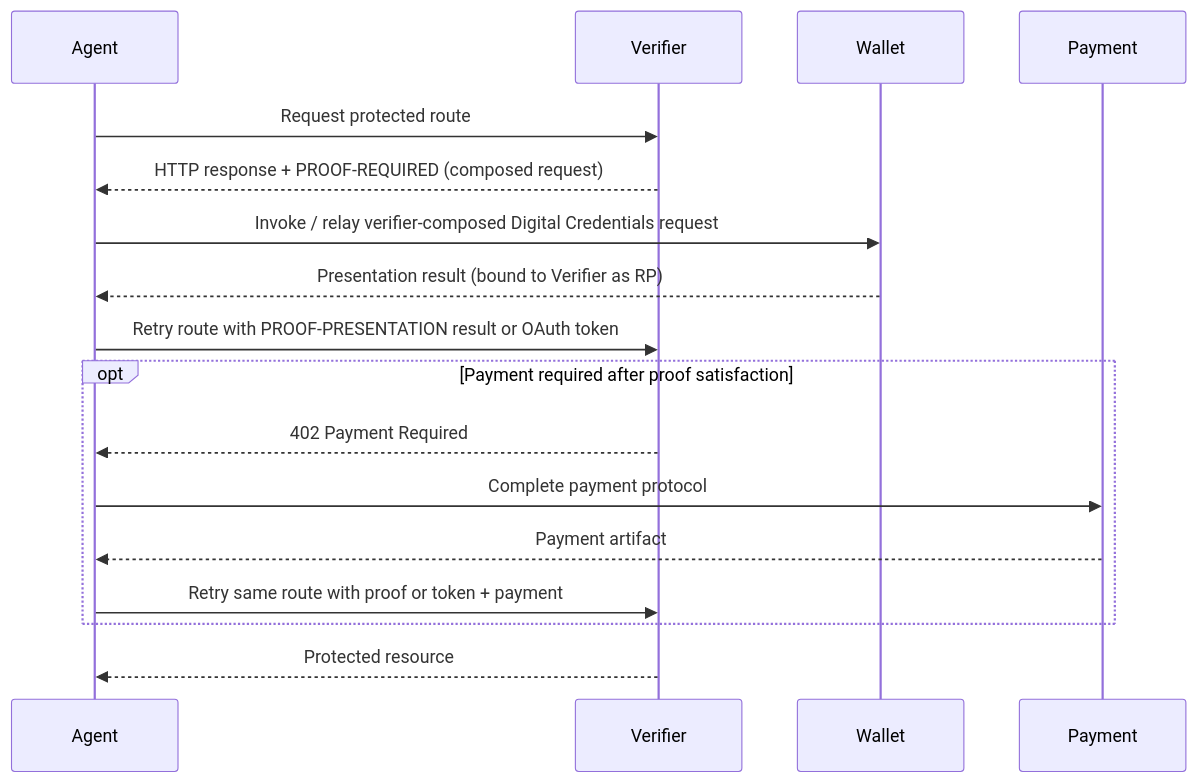
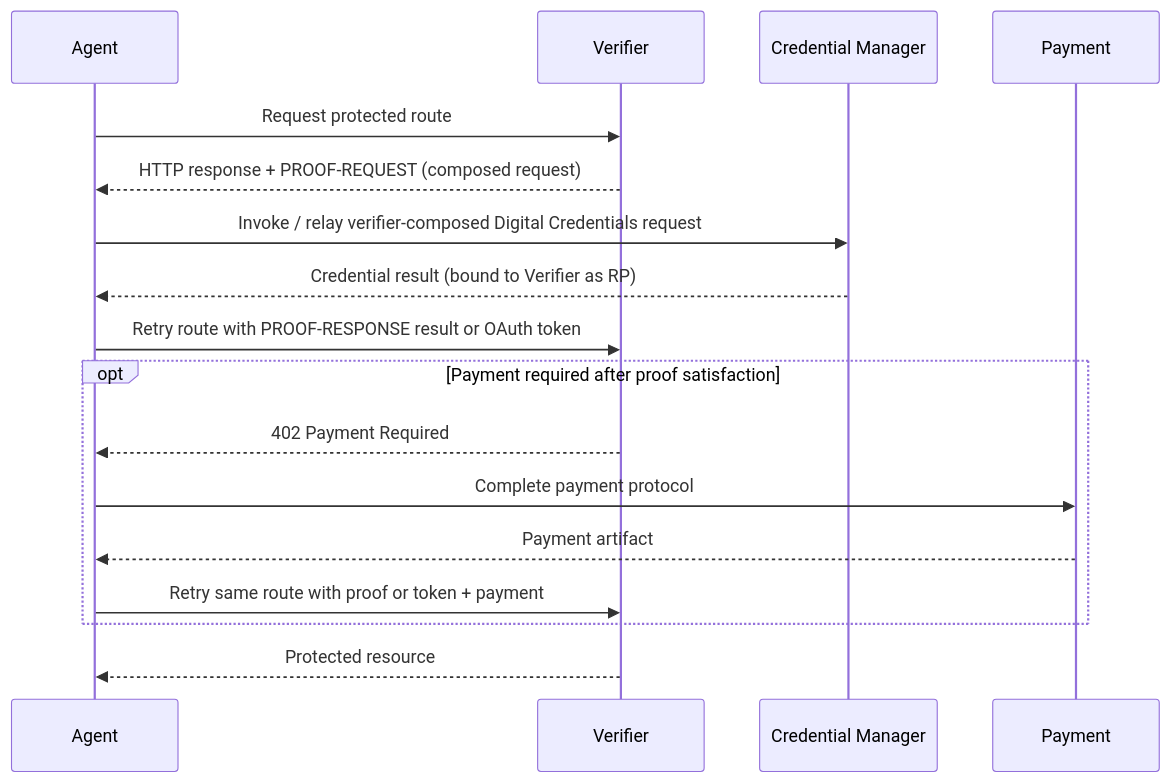
The first of 2 diagrams in spec.md (proof/x401), drawn with Mermaid before and after one commit. The commit also changed other lines of this file, not shown here.

````diff
--- a/spec.md
+++ b/spec.md
@@ -237,19 +237,19 @@
 ```mermaid
 sequenceDiagram
     participant Agent
     participant Verifier
-    participant Wallet
+    participant CM as Credential Manager
     participant Payment
     Agent->>Verifier: Request protected route
-    Verifier-->>Agent: HTTP response + PROOF-REQUIRED (composed request)
-    Agent->>Wallet: Invoke / relay verifier-composed Digital Credentials request
-    Wallet-->>Agent: Presentation result (bound to Verifier as RP)
-    Agent->>Verifier: Retry route with PROOF-PRESENTATION result or OAuth token
+    Verifier-->>Agent: HTTP response + PROOF-REQUEST (composed request)
+    Agent->>CM: Invoke / relay verifier-composed Digital Credentials request
+    CM-->>Agent: Credential result (bound to Verifier as RP)
+    Agent->>Verifier: Retry route with PROOF-RESPONSE result or OAuth token
     opt Payment required after proof satisfaction
         Verifier-->>Agent: 402 Payment Required
         Agent->>Payment: Complete payment protocol
         Payment-->>Agent: Payment artifact
         Agent->>Verifier: Retry same route with proof or token + payment
     end
     Verifier-->>Agent: Protected resource
 ```
````
